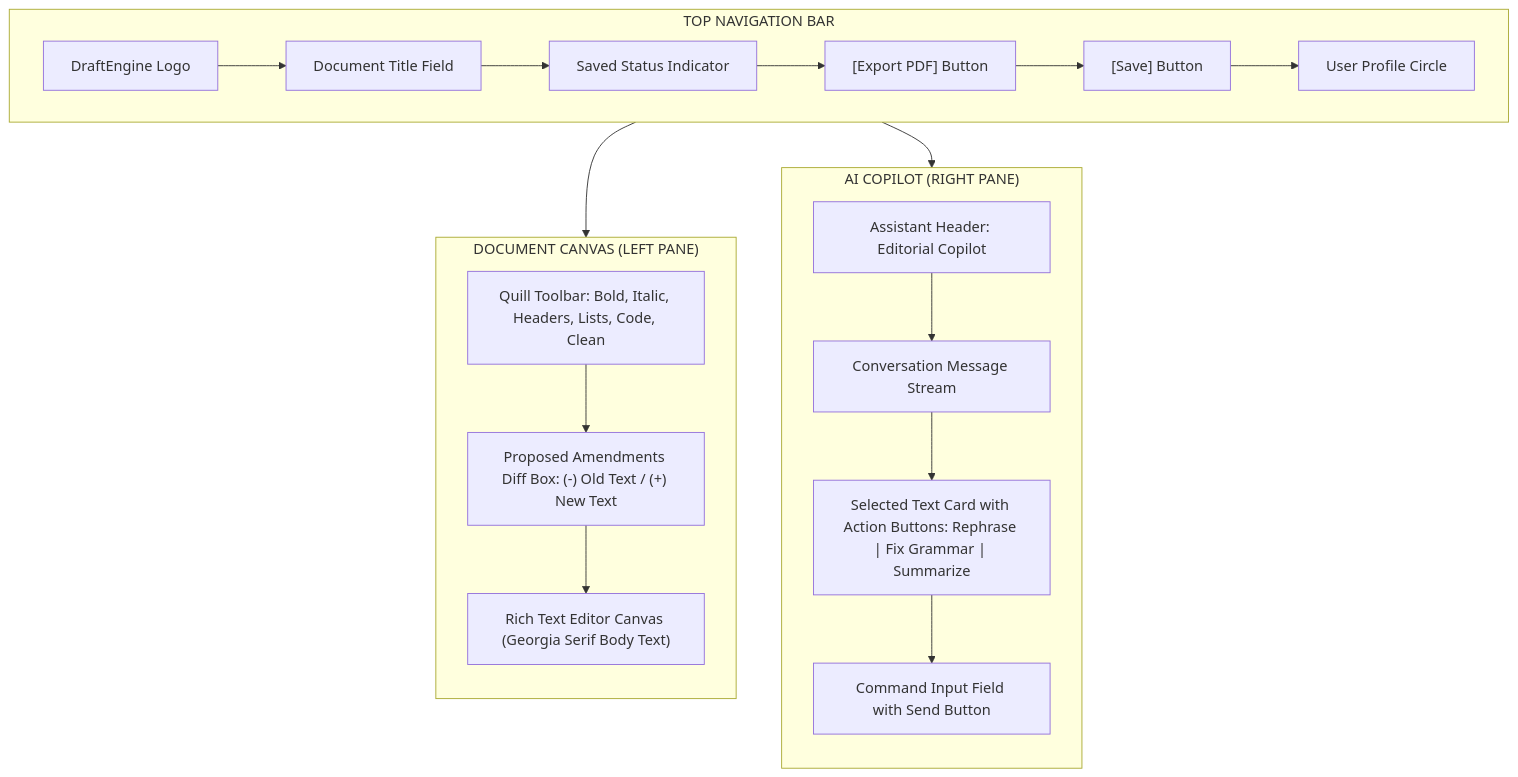
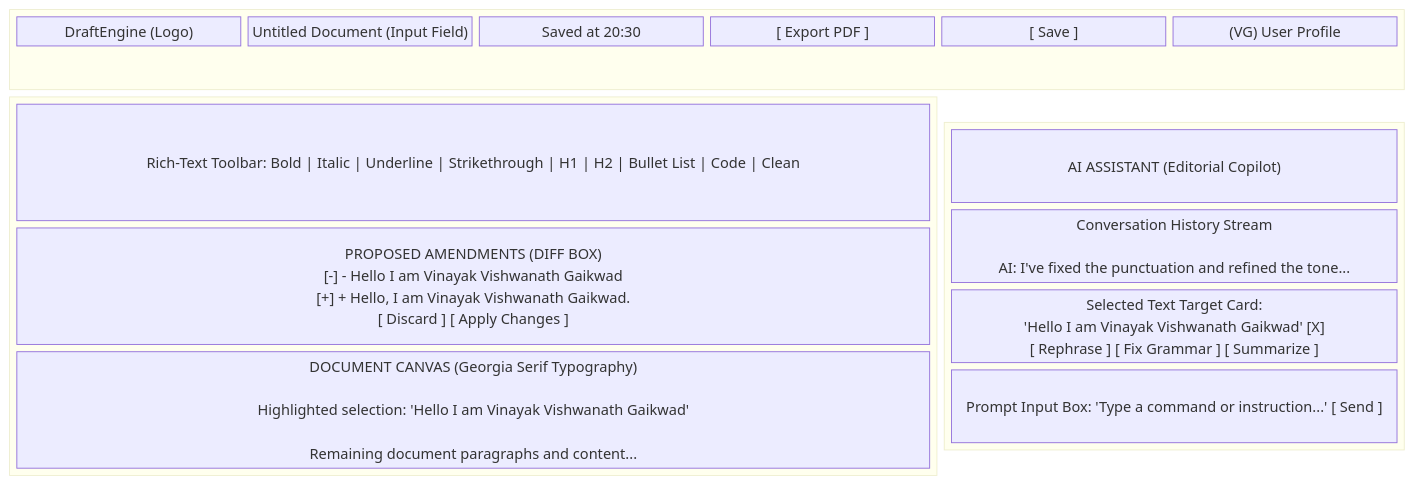
Before and after one commit to VinayakGaikwad101/project-practical: the diagram in diagrams/ui_wireframe_diagram.mmd, drawn with Mermaid. The commit also changed 1 other file, not shown here.

Commit message:
docs: replace wireframe flowchart with pure block layout without arrows

```diff
--- a/diagrams/ui_wireframe_diagram.mmd
+++ b/diagrams/ui_wireframe_diagram.mmd
@@ -1,34 +1,29 @@
-flowchart TD
-    subgraph Navbar["TOP NAVIGATION BAR"]
-        direction LR
-        Logo["DraftEngine Logo"]
-        DocTitle["Document Title Field"]
-        SaveStatus["Saved Status Indicator"]
-        ExportBtn["[Export PDF] Button"]
-        SaveBtn["[Save] Button"]
-        Profile["User Profile Circle"]
+block-beta
+  columns 12
 
-        Logo --> DocTitle --> SaveStatus --> ExportBtn --> SaveBtn --> Profile
-    end
+  %% TOP NAVBAR (Full 12 columns wide)
+  block:navbar:12
+    columns 12
+    brand["DraftEngine (Logo)"]:2
+    title["Untitled Document (Input Field)"]:4
+    status["Saved at 20:30"]:2
+    btnPdf["[ Export PDF ]"]:1
+    btnSave["[ Save ]"]:1
+    avatar["(VG) User Profile"]:2
+  end
 
-    subgraph CanvasSide["DOCUMENT CANVAS (LEFT PANE)"]
-        direction TB
-        QuillTools["Quill Toolbar: Bold, Italic, Headers, Lists, Code, Clean"]
-        DiffPanel["Proposed Amendments Diff Box: (-) Old Text / (+) New Text"]
-        QuillBody["Rich Text Editor Canvas (Georgia Serif Body Text)"]
+  %% MAIN WORKSPACE: LEFT CANVAS (8 cols) + RIGHT COPILOT (4 cols)
+  block:editorPane:8
+    columns 1
+    toolbar["Rich-Text Toolbar: Bold | Italic | Underline | Strikethrough | H1 | H2 | Bullet List | Code | Clean"]
+    diffBox["PROPOSED AMENDMENTS (DIFF BOX)\n[-] - Hello I am Vinayak Vishwanath Gaikwad\n[+] + Hello, I am Vinayak Vishwanath Gaikwad.\n[ Discard ]    [ Apply Changes ]"]
+    canvas["DOCUMENT CANVAS (Georgia Serif Typography)\n\nHighlighted selection: 'Hello I am Vinayak Vishwanath Gaikwad'\n\nRemaining document paragraphs and content..."]
+  end
 
-        QuillTools --> DiffPanel --> QuillBody
-    end
-
-    subgraph CopilotSide["AI COPILOT (RIGHT PANE)"]
-        direction TB
-        CopilotHeader["Assistant Header: Editorial Copilot"]
-        MessageHistory["Conversation Message Stream"]
-        SelectedChip["Selected Text Card with Action Buttons: Rephrase | Fix Grammar | Summarize"]
-        PromptInput["Command Input Field with Send Button"]
-
-        CopilotHeader --> MessageHistory --> SelectedChip --> PromptInput
-    end
-
-    Navbar --> CanvasSide
-    Navbar --> CopilotSide
+  block:copilotPane:4
+    columns 1
+    aiHeader["AI ASSISTANT (Editorial Copilot)"]
+    aiChat["Conversation History Stream\n\nAI: I've fixed the punctuation and refined the tone..."]
+    aiChip["Selected Text Target Card:\n'Hello I am Vinayak Vishwanath Gaikwad' [X]\n[ Rephrase ]   [ Fix Grammar ]   [ Summarize ]"]
+    aiInput["Prompt Input Box: 'Type a command or instruction...' [ Send ]"]
+  end
```
